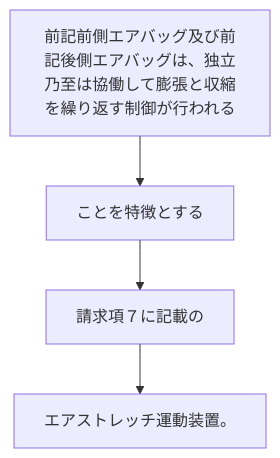
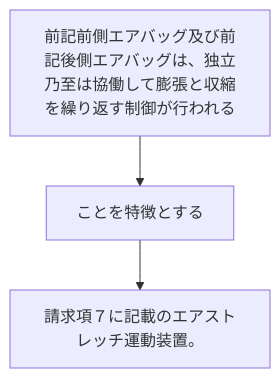
Before and after one commit to shinmori55/patent_analyzed: the diagram in 2024/JP2024021337A/claim_11/README.md, drawn with Mermaid. The commit also changed 336 other files, not shown here.

````diff
--- a/2024/JP2024021337A/claim_11/README.md
+++ b/2024/JP2024021337A/claim_11/README.md
@@ -3,10 +3,8 @@
 ```mermaid
 flowchart TD
 A[前記前側エアバッグ及び前記後側エアバッグは、独立乃至は協働して膨張と収縮を繰り返す制御が行われる]
 B[ことを特徴とする]
-C[請求項７に記載の]
-D[エアストレッチ運動装置。]
+C[請求項７に記載のエアストレッチ運動装置。]
 A --> B
 B --> C
-C --> D
 ```
````
